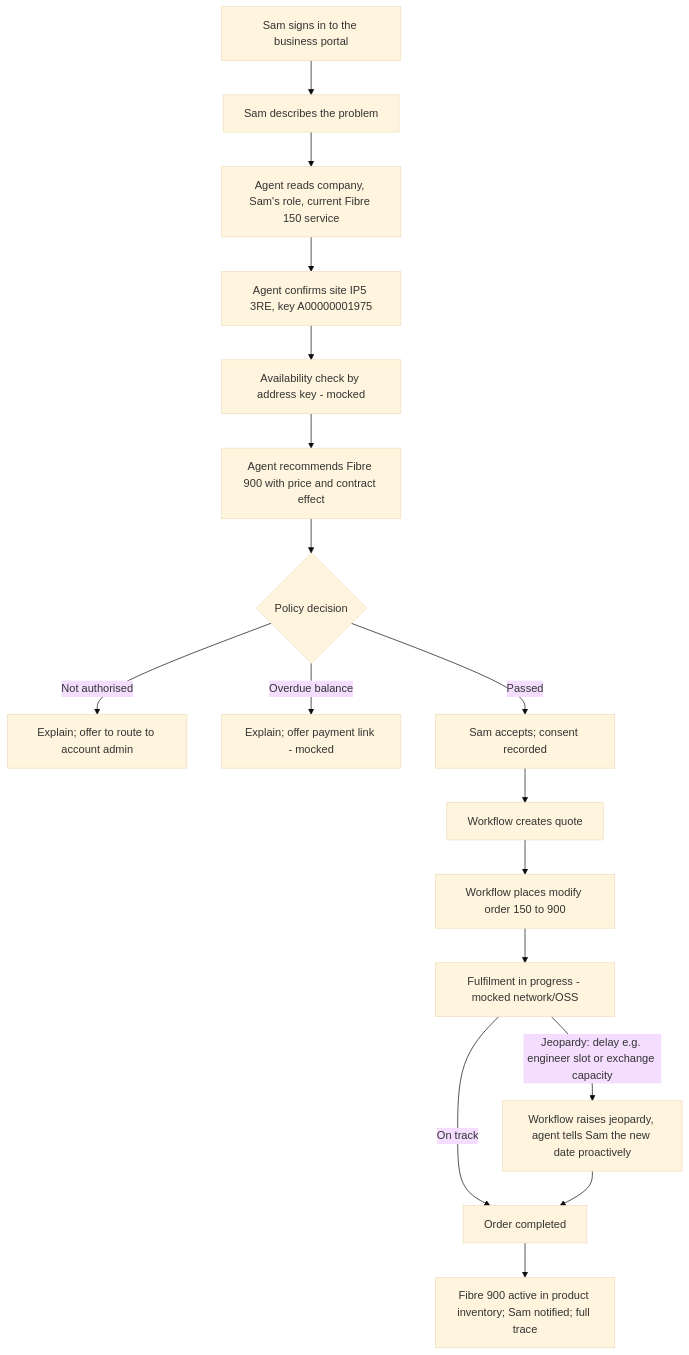
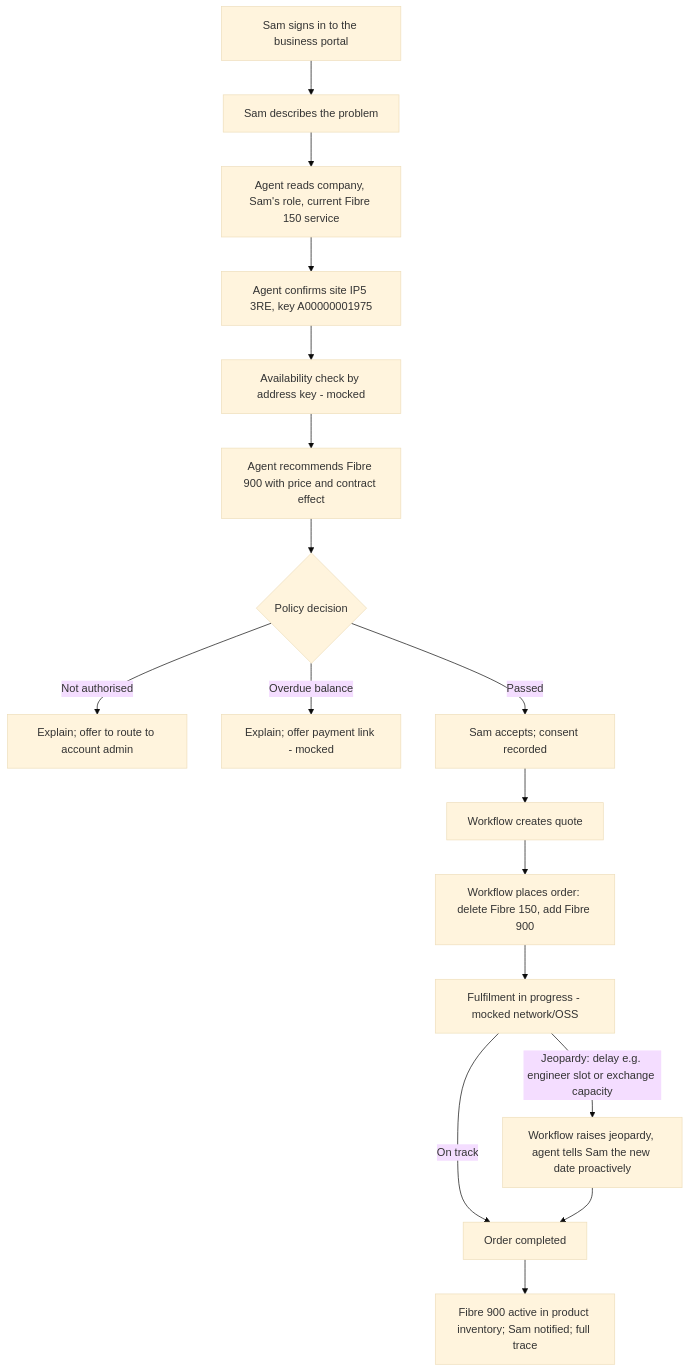
One commit to lalit4241/agentic-telco changed the diagram in docs/mvp/MVP-design.md. Above: the diagram before and after it, drawn with Mermaid (base theme). The commit also changed other lines of this file and 1 other file, not shown here.

Commit message:
Docs v1.2 draft: delete+add upgrade, Salesforce decomposition and single TMF641 call, custom Apex installed-product step, no silent fallback (for LalitC approval)

````diff
--- a/docs/mvp/MVP-design.md
+++ b/docs/mvp/MVP-design.md
@@ -27,19 +27,19 @@
 ```mermaid
 flowchart TD
   A[Sam signs in to the business portal] --> B[Sam describes the problem]
   B --> C[Agent reads company, Sam's role, current Fibre 150 service]
   C --> D[Agent confirms site IP5 3RE, key A00000001975]
   D --> E[Availability check by address key - mocked]
   E --> F[Agent recommends Fibre 900 with price and contract effect]
   F --> G{Policy decision}
   G -- Not authorised --> X1[Explain; offer to route to account admin]
   G -- Overdue balance --> X2[Explain; offer payment link - mocked]
   G -- Passed --> H[Sam accepts; consent recorded]
   H --> I[Workflow creates quote]
-  I --> J[Workflow places modify order 150 to 900]
+  I --> J[Workflow places order: delete Fibre 150, add Fibre 900]
   J --> L[Fulfilment in progress - mocked network/OSS]
   L -- On track --> K[Order completed]
   L -- Jeopardy: delay e.g. engineer slot or exchange capacity --> M[Workflow raises jeopardy, agent tells Sam the new date proactively]
   M --> K
   K --> N[Fibre 900 active in product inventory; Sam notified; full trace]
 ```
````
